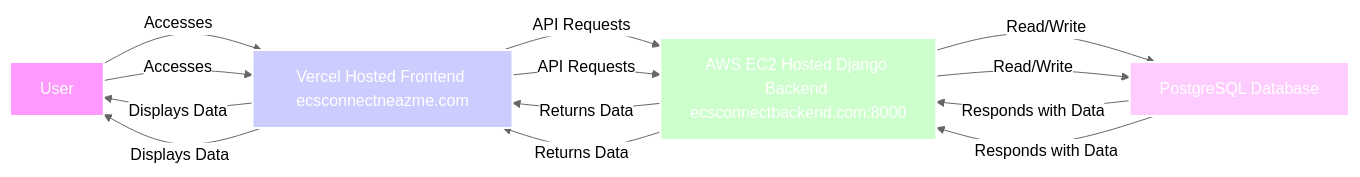
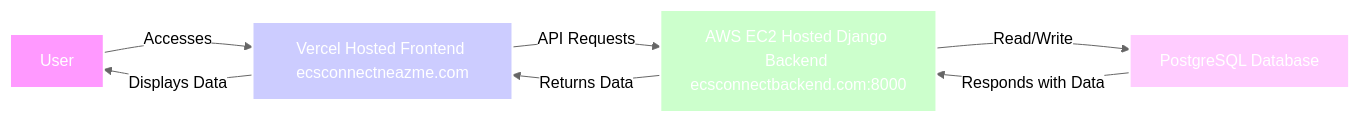
The diagram in documentation.md (ZeshanZa/CS370-Project-), drawn with Mermaid (neutral theme) before and after one commit.

````diff
--- a/documentation.md
+++ b/documentation.md
@@ -141,21 +141,16 @@
 ```mermaid
 graph LR
   A[User] -->|Accesses| B[Vercel Hosted Frontend ecsconnectneazme.com]
     B -->|API Requests| C[AWS EC2 Hosted Django Backend ecsconnectbackend.com:8000]
     C -->|Read/Write| D[PostgreSQL Database]
     D -->|Responds with Data| C
     C -->|Returns Data| B
     B -->|Displays Data| A
-  A[User] -->|Accesses| B[Vercel Hosted Frontend ecsconnectneazme.com]
-    B -->|API Requests| C[AWS EC2 Hosted Django Backend ecsconnectbackend.com:8000]
-    C -->|Read/Write| D[PostgreSQL Database]
-    D -->|Responds with Data| C
-    C -->|Returns Data| B
-    B -->|Displays Data| A
+ 
 
     style A fill:#f9f,stroke:#fff,stroke-width:2px, color:#fff
     style B fill:#ccf,stroke:#fff,stroke-width:2px, color:#fff
     style C fill:#cfc,stroke:#fff,stroke-width:2px, color:#fff
     style D fill:#fcf,stroke:#fff,stroke-width:2px, color:#fff
 
 ```
````
